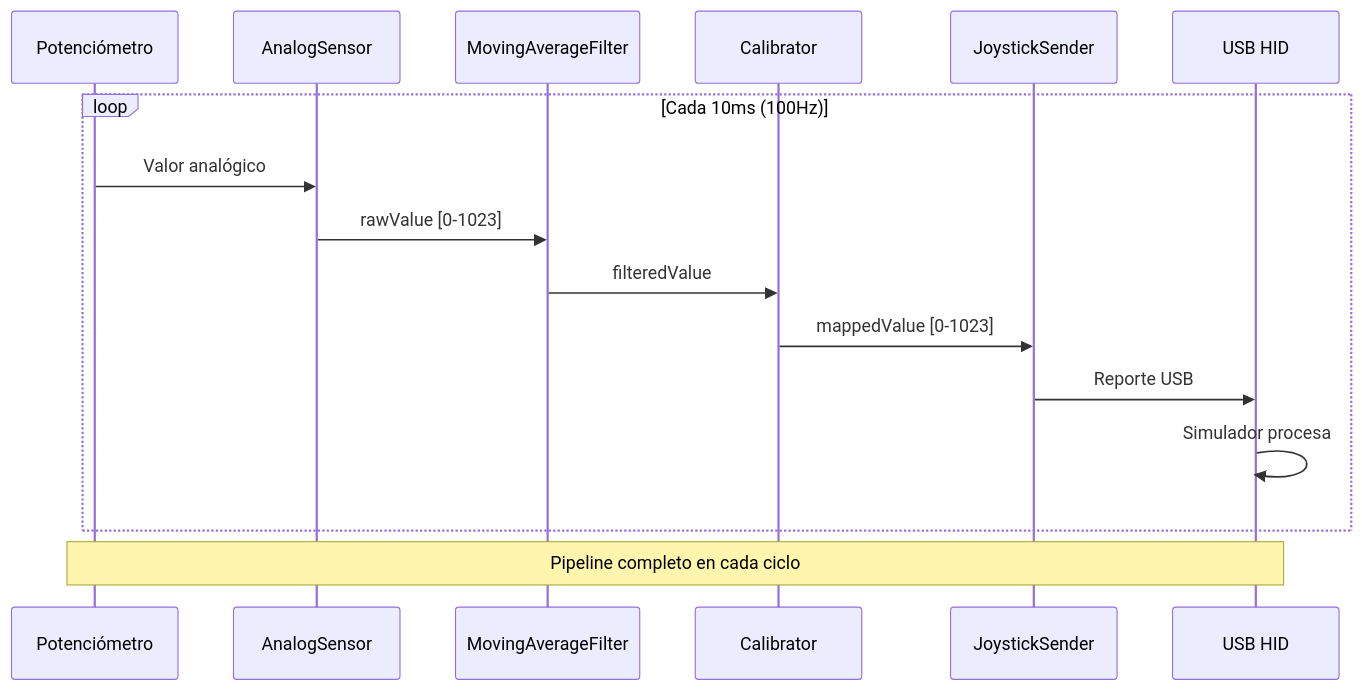
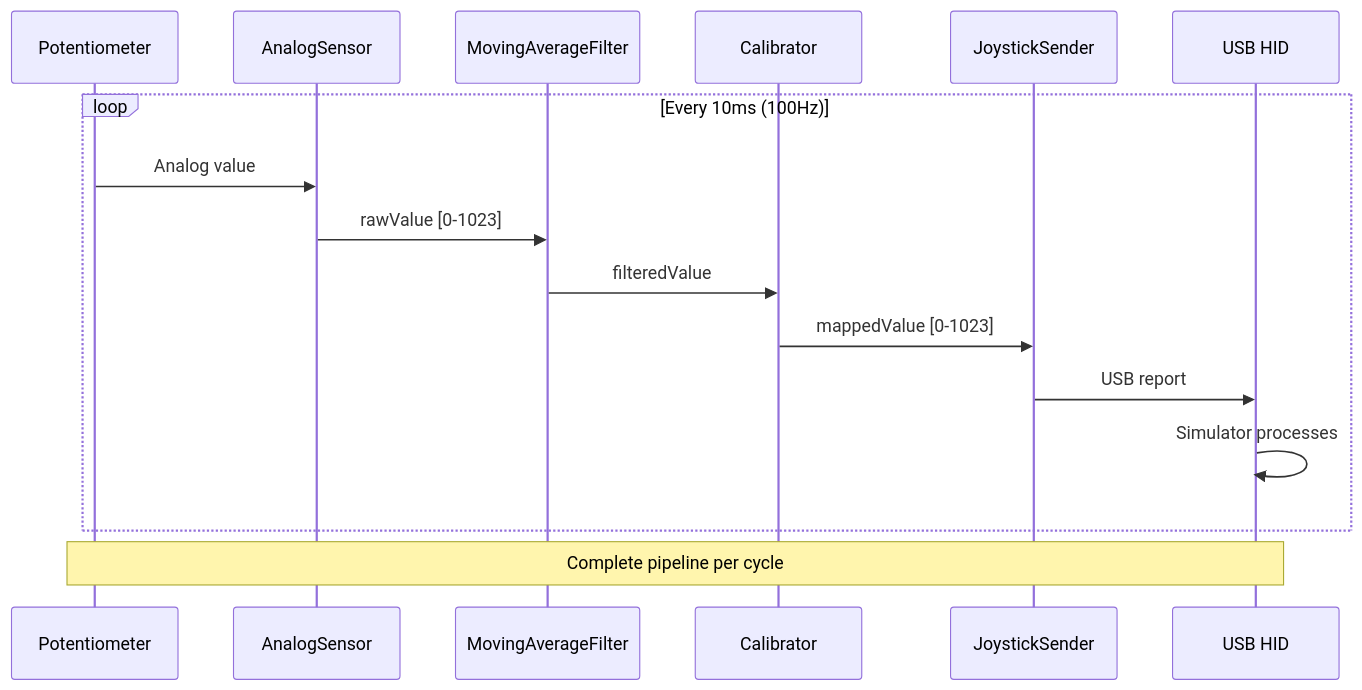
Before and after one commit to adrianmarino/sim-handbreak: the fourth of 4 diagrams in README.md, drawn with Mermaid. The commit also changed other lines of this file and 8 other files, not shown here.

````diff
--- a/README.md
+++ b/README.md
@@ -306,20 +306,20 @@
 ```mermaid
 sequenceDiagram
-    participant P as Potenciómetro
+    participant P as Potentiometer
     participant S as AnalogSensor
     participant F as MovingAverageFilter
     participant C as Calibrator
     participant J as JoystickSender
     participant U as USB HID
     
-    loop Cada 10ms (100Hz)
-        P->>S: Valor analógico
+    loop Every 10ms (100Hz)
+        P->>S: Analog value
         S->>F: rawValue [0-1023]
         F->>C: filteredValue
         C->>J: mappedValue [0-1023]
-        J->>U: Reporte USB
-        U->>U: Simulador procesa
+        J->>U: USB report
+        U->>U: Simulator processes
     end
     
-    Note over P,U: Pipeline completo en cada ciclo
+    Note over P,U: Complete pipeline per cycle
 ```
````
